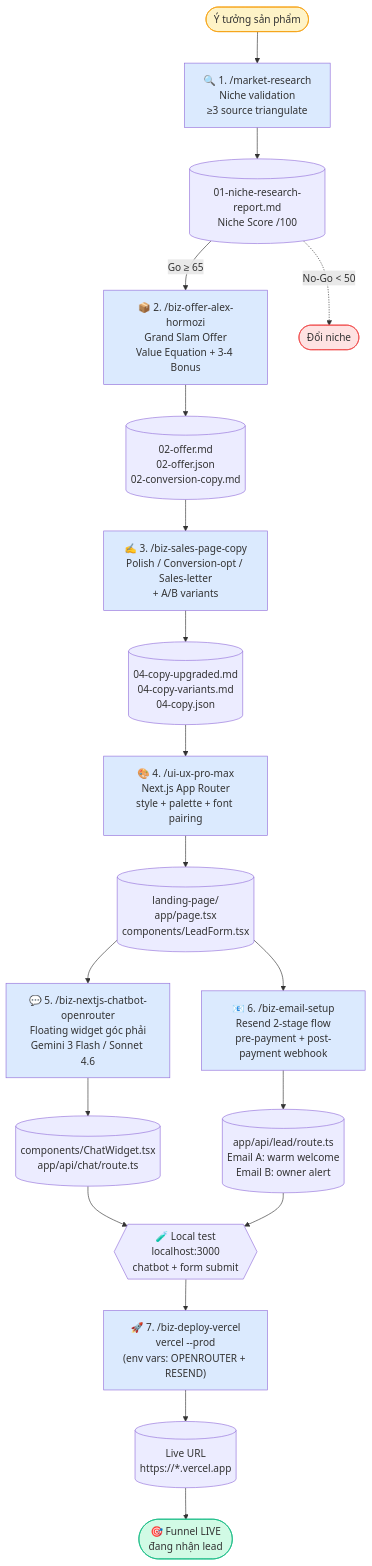
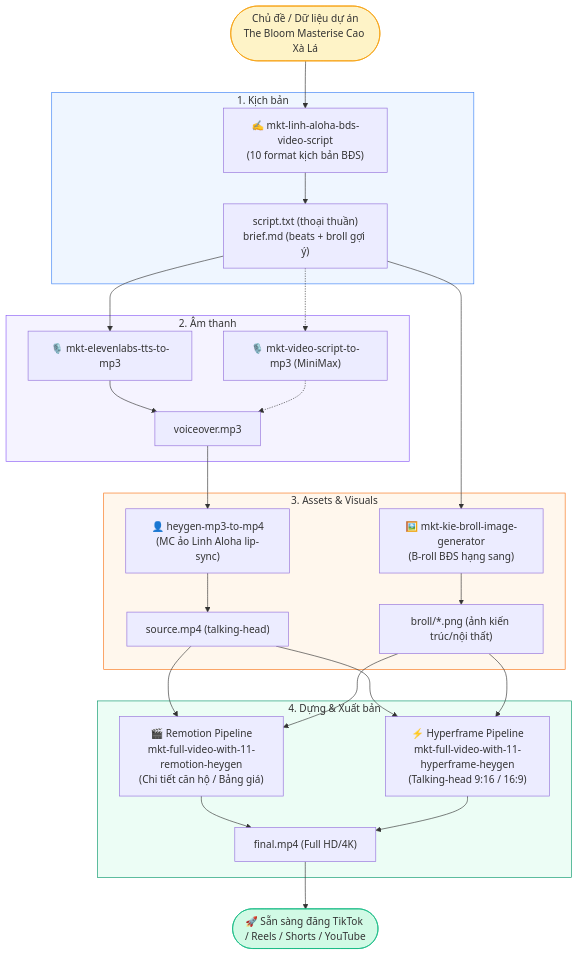
Before and after one commit to hoanghd218/linh.aloha.video.ai: the diagram in README.md, drawn with Mermaid. The commit also changed other lines of this file and 19 other files, not shown here.

Commit message:
feat: clean up Thu GEIN profiles, restore Linh Aloha BDS skills, and update README

````diff
--- a/README.md
+++ b/README.md
@@ -40,46 +36,39 @@
 ```mermaid
 flowchart TD
-    Start([Ý tưởng sản phẩm]) --> S1
+    Idea([Chủ đề / Dữ liệu dự án<br/>The Bloom Masterise Cao Xà Lá]) --> S1
 
-    S1["🔍 1. /market-research<br/>Niche validation<br/>≥3 source triangulate"]
-    S1 --> A1[("01-niche-research-report.md<br/>Niche Score /100")]
-    A1 -->|"Go ≥ 65"| S2
-    A1 -.->|"No-Go < 50"| Stop([Đổi niche])
+    subgraph Phase1 [1. Kịch bản]
+        S1["✍️ mkt-linh-aloha-bds-video-script<br/>(10 format kịch bản BĐS)"]
+        S1 --> A1["script.txt (thoại thuần)<br/>brief.md (beats + broll gợi ý)"]
+    end
 
-    S2["📦 2. /biz-offer-alex-hormozi<br/>Grand Slam Offer<br/>Value Equation + 3-4 Bonus"]
-    S2 --> A2[("02-offer.md<br/>02-offer.json<br/>02-conversion-copy.md")]
-    A2 --> S3
+    subgraph Phase2 [2. Âm thanh]
+        A1 --> S2A["🎙️ mkt-elevenlabs-tts-to-mp3"]
+        A1 -.-> S2B["🎙️ mkt-video-script-to-mp3 (MiniMax)"]
+        S2A --> A2["voiceover.mp3"]
+        S2B -.-> A2
+    end
 
-    S3["✍️ 3. /biz-sales-page-copy<br/>Polish / Conversion-opt / Sales-letter<br/>+ A/B variants"]
-    S3 --> A3[("04-copy-upgraded.md<br/>04-copy-variants.md<br/>04-copy.json")]
-    A3 --> S4
+    subgraph Phase3 [3. Assets & Visuals]
+        A2 --> S3A["👤 heygen-mp3-to-mp4<br/>(MC ảo Linh Aloha lip-sync)"]
+        A1 --> S3B["🖼️ mkt-kie-broll-image-generator<br/>(B-roll BĐS hạng sang)"]
+        S3A --> A3A["source.mp4 (talking-head)"]
+        S3B --> A3B["broll/*.png (ảnh kiến trúc/nội thất)"]
+    end
 
-    S4["🎨 4. /ui-ux-pro-max<br/>Next.js App Router<br/>style + palette + font pairing"]
-    S4 --> A4[("landing-page/<br/>app/page.tsx<br/>components/LeadForm.tsx")]
-    A4 --> S5 & S6
+    subgraph Phase4 [4. Dựng & Xuất bản]
+        A3A & A3B --> S4A["🎬 Remotion Pipeline<br/>mkt-full-video-with-11-remotion-heygen<br/>(Chi tiết căn hộ / Bảng giá)"]
+        A3A & A3B --> S4B["⚡ Hyperframe Pipeline<br/>mkt-full-video-with-11-hyperframe-heygen<br/>(Talking-head 9:16 / 16:9)"]
+        S4A --> Out["final.mp4 (Full HD/4K)"]
+        S4B --> Out
+    end
 
-    S5["💬 5. /biz-nextjs-chatbot-openrouter<br/>Floating widget góc phải<br/>Gemini 3 Flash / Sonnet 4.6"]
-    S5 --> A5[("components/ChatWidget.tsx<br/>app/api/chat/route.ts")]
+    Out --> Publish([🚀 Sẵn sàng đăng TikTok / Reels / Shorts / YouTube])
 
-    S6["📧 6. /biz-email-setup<br/>Resend 2-stage flow<br/>pre-payment + post-payment webhook"]
-    S6 --> A6[("app/api/lead/route.ts<br/>Email A: warm welcome<br/>Email B: owner alert")]
-
-    A5 & A6 --> Local{{"🧪 Local test<br/>localhost:3000<br/>chatbot + form submit"}}
-    Local --> S7
-
-    S7["🚀 7. /biz-deploy-vercel<br/>vercel --prod<br/>(env vars: OPENROUTER + RESEND)"]
-    S7 --> A7[("Live URL<br/>https://*.vercel.app")]
-
-    A7 --> Live([🎯 Funnel LIVE<br/>đang nhận lead])
-
-    style Start fill:#fef3c7,stroke:#f59e0b
-    style Live fill:#d1fae5,stroke:#10b981
-    style Stop fill:#fee2e2,stroke:#ef4444
-    style S1 fill:#dbeafe
-    style S2 fill:#dbeafe
-    style S3 fill:#dbeafe
-    style S4 fill:#dbeafe
-    style S5 fill:#dbeafe
-    style S6 fill:#dbeafe
-    style S7 fill:#dbeafe
+    style Idea fill:#fef3c7,stroke:#f59e0b
+    style Publish fill:#d1fae5,stroke:#10b981
+    style Phase1 fill:#eff6ff,stroke:#3b82f6
+    style Phase2 fill:#f5f3ff,stroke:#8b5cf6
+    style Phase3 fill:#fff7ed,stroke:#f97316
+    style Phase4 fill:#ecfdf5,stroke:#059669
 ```
````
